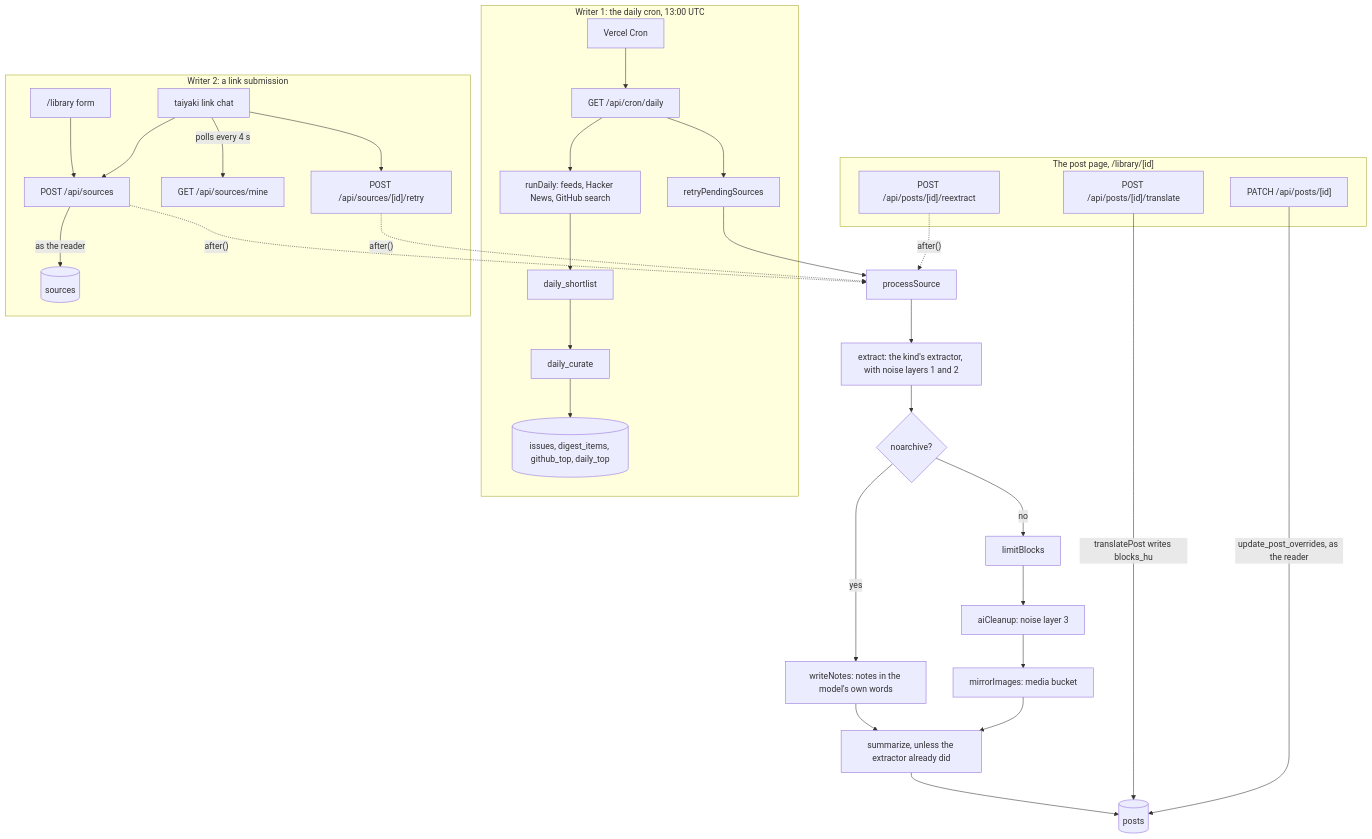
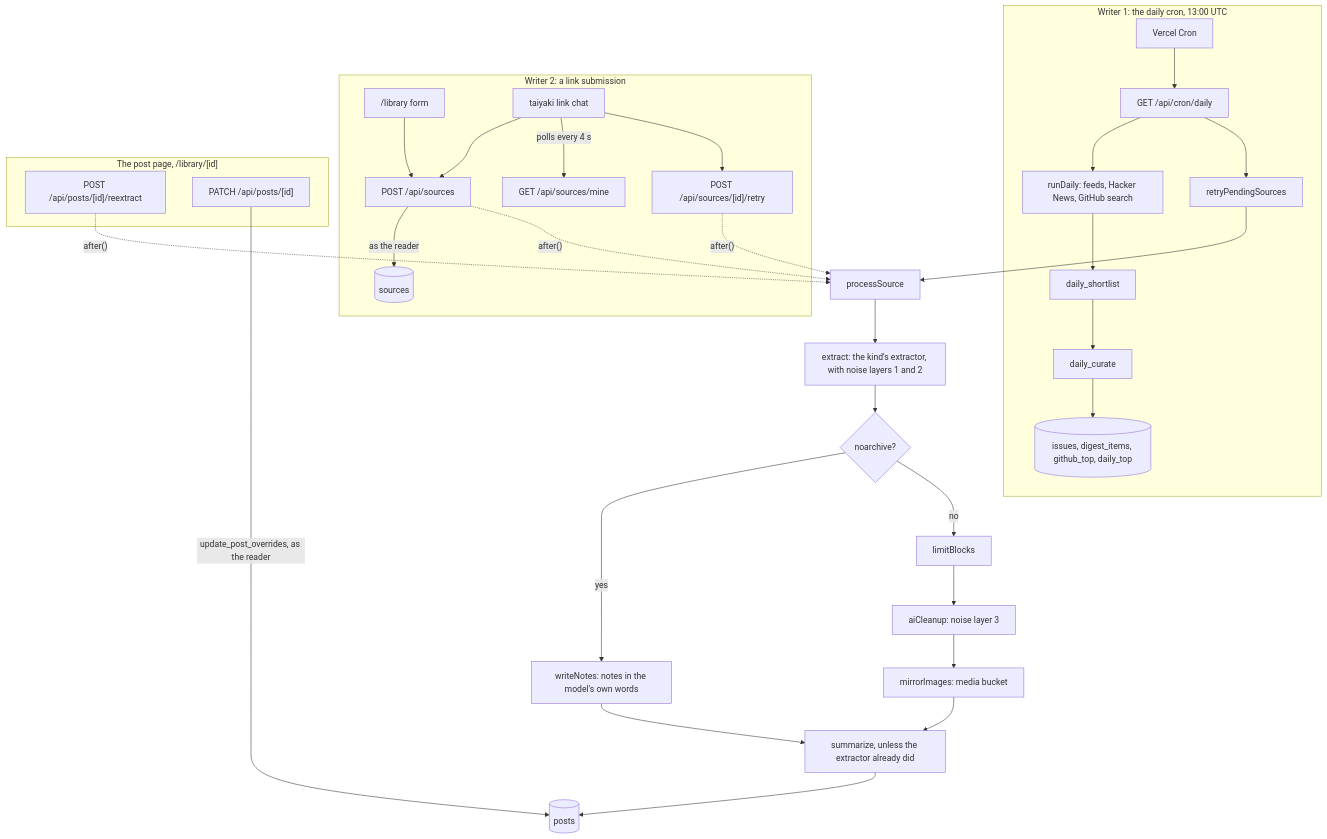
One commit to Danzsu/Danzsu-Research-Hub changed the diagram in README.md. Above: the diagram before and after it, drawn with Mermaid. The commit also changed other lines of this file and 25 other files, not shown here.

````diff
--- a/README.md
+++ b/README.md
@@ -23,35 +23,33 @@
 ```mermaid
 flowchart TD
   subgraph daily["Writer 1: the daily cron, 13:00 UTC"]
     cron["Vercel Cron"] --> cronRoute["GET /api/cron/daily"]
     cronRoute --> runDaily["runDaily: feeds, Hacker News, GitHub search"]
     runDaily --> shortlist["daily_shortlist"] --> curate["daily_curate"]
     curate --> radar[("issues, digest_items, github_top, daily_top")]
     cronRoute --> retry["retryPendingSources"]
   end
   subgraph submit["Writer 2: a link submission"]
     form["/library form"] --> sourcesRoute["POST /api/sources"]
     chat["taiyaki link chat"] --> sourcesRoute
     chat -->|"polls every 4 s"| mineRoute["GET /api/sources/mine"]
     chat --> retryRoute["POST /api/sources/[id]/retry"]
     sourcesRoute -->|"as the reader"| sources[("sources")]
   end
   subgraph postPage["The post page, /library/[id]"]
     reextractRoute["POST /api/posts/[id]/reextract"]
-    translateRoute["POST /api/posts/[id]/translate"]
     editRoute["PATCH /api/posts/[id]"]
   end
   sourcesRoute -.->|"after()"| ingest["processSource"]
   retryRoute -.->|"after()"| ingest
   reextractRoute -.->|"after()"| ingest
   retry --> ingest
   ingest --> extract["extract: the kind's extractor, with noise layers 1 and 2"]
   extract --> noarchive{"noarchive?"}
   noarchive -->|yes| notes["writeNotes: notes in the model's own words"]
   noarchive -->|no| limit["limitBlocks"] --> cleanup["aiCleanup: noise layer 3"] --> images["mirrorImages: media bucket"]
   notes --> summarize["summarize, unless the extractor already did"]
   images --> summarize
   summarize --> posts[("posts")]
-  translateRoute -->|"translatePost writes blocks_hu"| posts
   editRoute -->|"update_post_overrides, as the reader"| posts
 ```
````
